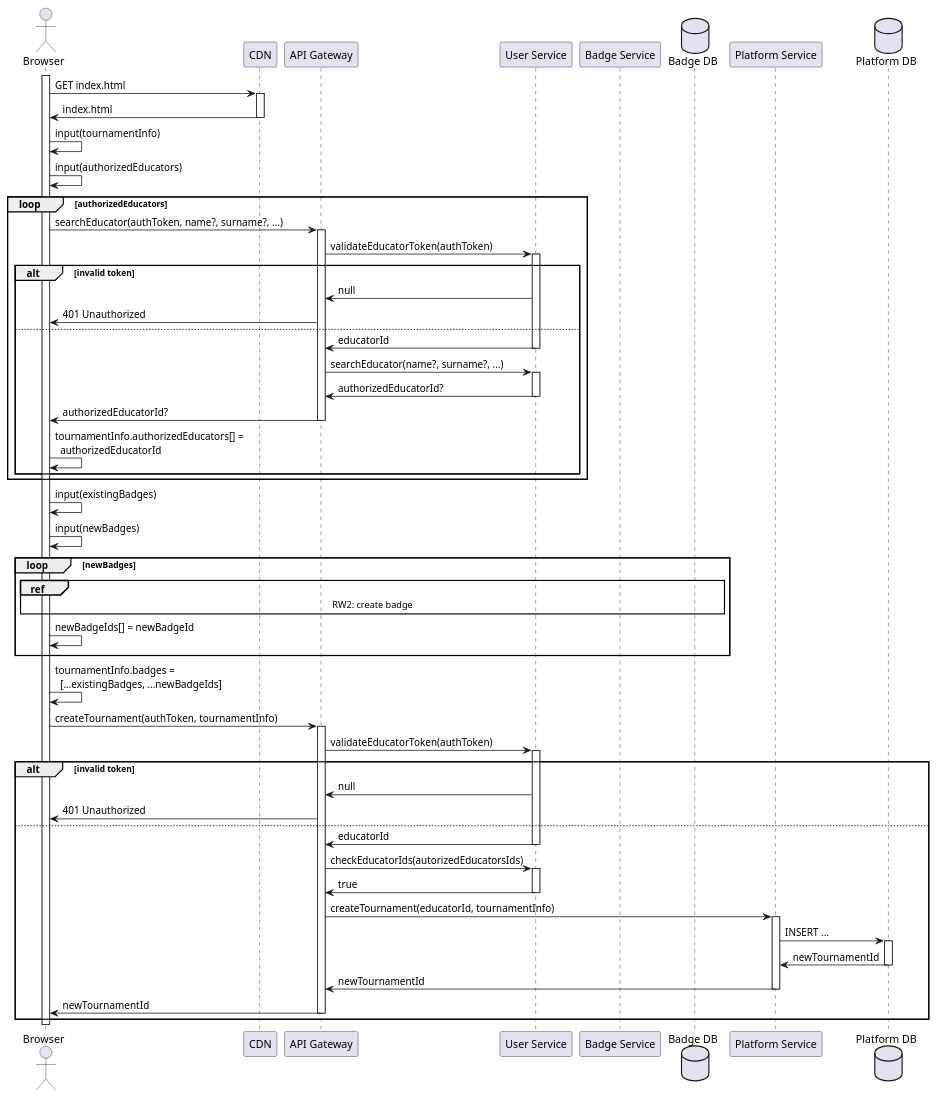
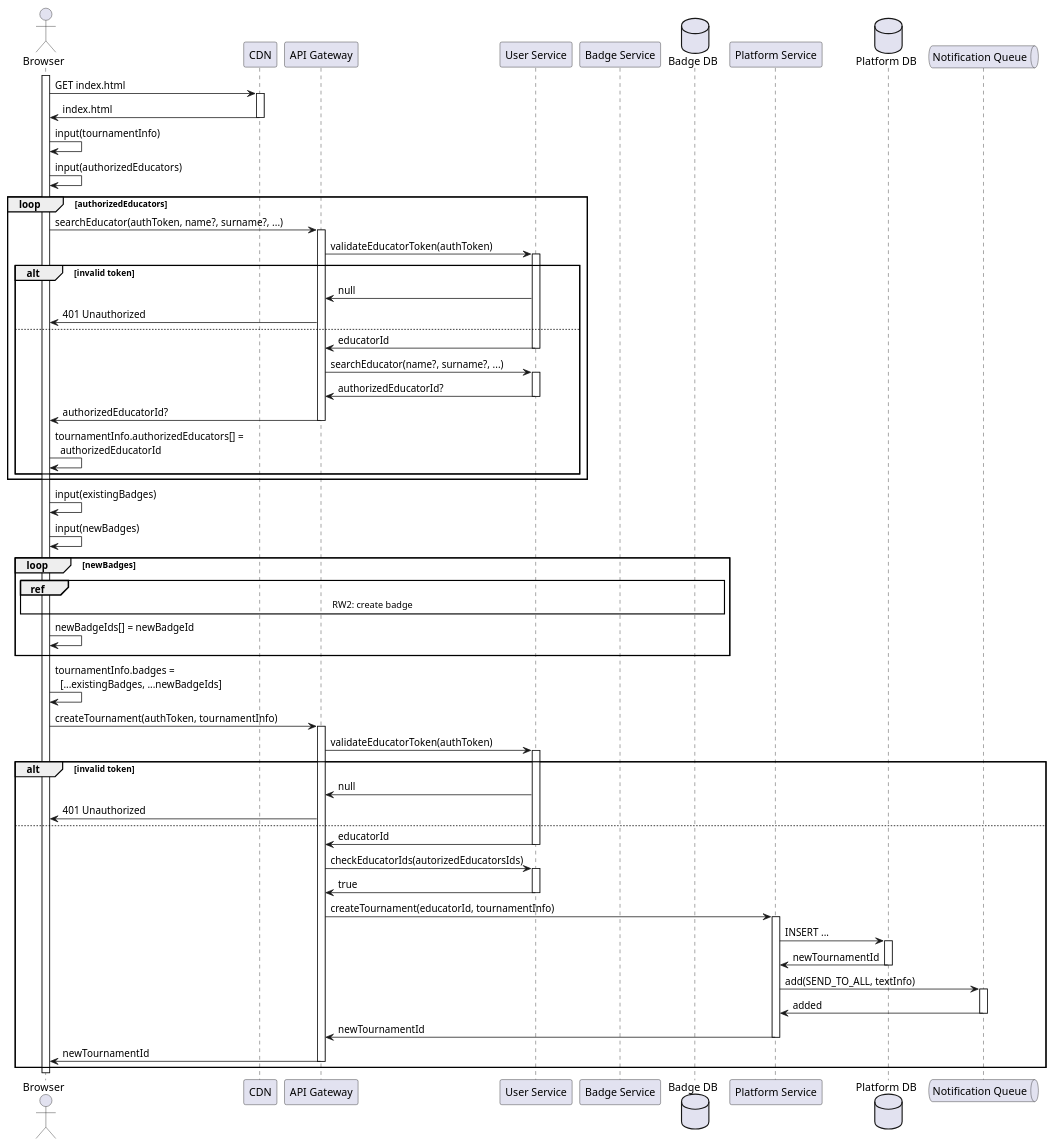
One commit to Furrrlo/CodeKataBattle changed the diagram in dd/puml/rw1.puml. Above: the diagram before and after it, drawn with PlantUML. The commit also changed 4 other files, not shown here.

```diff
--- a/dd/puml/rw1.puml
+++ b/dd/puml/rw1.puml
@@ -1,64 +1,69 @@
 @startuml RW1 - Educator creates a new Tournament
 
 actor Browser
 participant CDN
 participant "API Gateway" as gateway
 participant "User Service" as auth
 participant "Badge Service" as badges
 database "Badge DB" as badgesDb
 participant "Platform Service" as platform
 database "Platform DB" as platformDb
+queue  "Notification Queue" as notificationQueue
 
 activate Browser
 Browser -> CDN ++ : GET index.html
 Browser <- CDN -- : index.html
 
 Browser -> Browser : input(tournamentInfo)
 Browser -> Browser : input(authorizedEducators)
 
 loop authorizedEducators
     Browser -> gateway ++ : searchEducator(authToken, name?, surname?, ...)
     gateway -> auth ++ : validateEducatorToken(authToken)
     alt invalid token
         gateway <- auth : null
         Browser <- gateway : 401 Unauthorized
     else
         gateway <- auth -- : educatorId
         gateway -> auth ++ : searchEducator(name?, surname?, ...)
         gateway <- auth -- : authorizedEducatorId?
         Browser <- gateway -- : authorizedEducatorId?
         Browser -> Browser : tournamentInfo.authorizedEducators[] =\n  authorizedEducatorId
     end
 end
 
 Browser -> Browser : input(existingBadges)
 Browser -> Browser : input(newBadges)
 
 loop newBadges
     ||10||
     ref over Browser, gateway, auth, badges, badgesDb: RW2: create badge
             Browser -> Browser : newBadgeIds[] = newBadgeId
     ||5||
 end
 
 Browser -> Browser : tournamentInfo.badges =\n  [...existingBadges, ...newBadgeIds]
 Browser -> gateway ++ : createTournament(authToken, tournamentInfo)
 
 gateway -> auth ++ : validateEducatorToken(authToken)
 alt invalid token
     gateway <- auth : null
     Browser <- gateway : 401 Unauthorized
 else
     gateway <- auth -- : educatorId
     gateway -> auth ++ : checkEducatorIds(autorizedEducatorsIds)
     gateway <- auth -- : true
     gateway -> platform ++ : createTournament(educatorId, tournamentInfo)
     platform -> platformDb ++ : INSERT ...
     platform <- platformDb -- : newTournamentId
+
+    platform -> notificationQueue ++ : add(SEND_TO_ALL, textInfo)
+    platform <- notificationQueue --: added
+
     gateway <- platform -- : newTournamentId
     Browser <- gateway -- : newTournamentId
 end
 
 deactivate Browser
 
 @enduml
```
